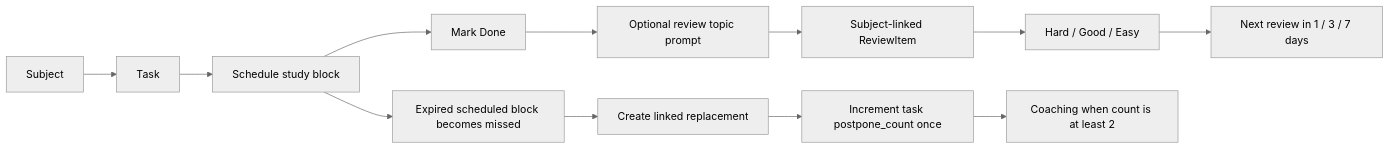
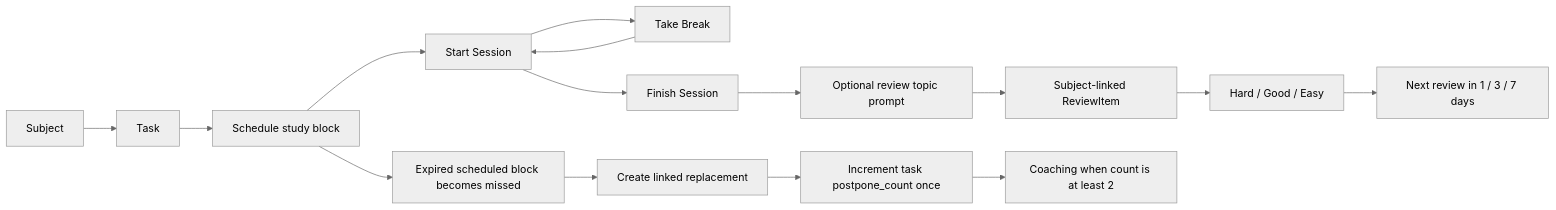
Before and after one commit to LJBYTES-cloud/yotei: the first of 2 diagrams in docs/PROJECT_CONTEXT.md, drawn with Mermaid (neutral theme). The commit also changed other lines of this file and 23 other files, not shown here.

````diff
--- a/docs/PROJECT_CONTEXT.md
+++ b/docs/PROJECT_CONTEXT.md
@@ -9,14 +9,17 @@
 ```mermaid
 flowchart LR
   Subject[Subject] --> Task[Task]
   Task --> Schedule[Schedule study block]
-  Schedule --> Done[Mark Done]
+  Schedule --> Active[Start Session]
+  Active --> Break[Take Break]
+  Break --> Active
+  Active --> Done[Finish Session]
   Done --> Prompt[Optional review topic prompt]
   Prompt --> Queue[Subject-linked ReviewItem]
   Queue --> Rating[Hard / Good / Easy]
   Rating --> Due[Next review in 1 / 3 / 7 days]
   Schedule --> Missed[Expired scheduled block becomes missed]
   Missed --> Reschedule[Create linked replacement]
   Reschedule --> Count[Increment task postpone_count once]
   Count --> Coaching[Coaching when count is at least 2]
 ```
````
